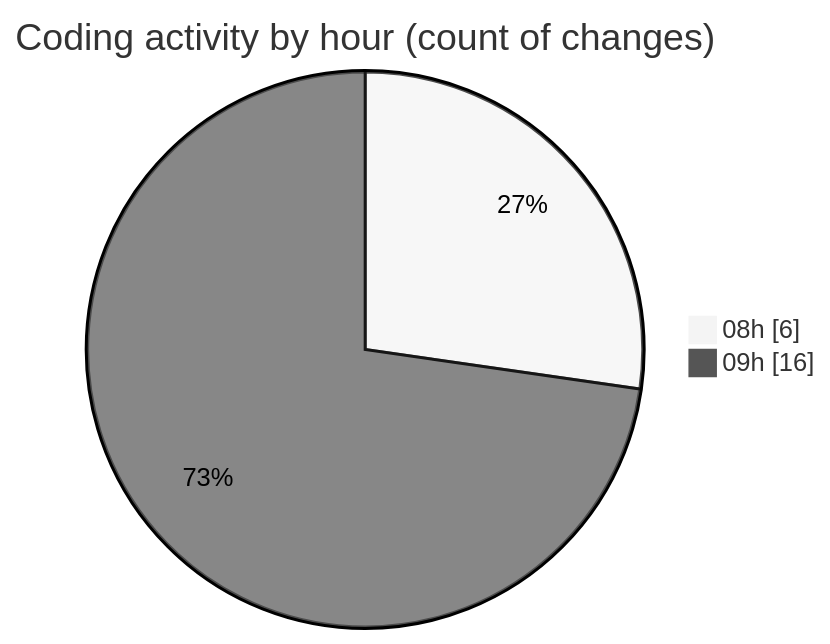
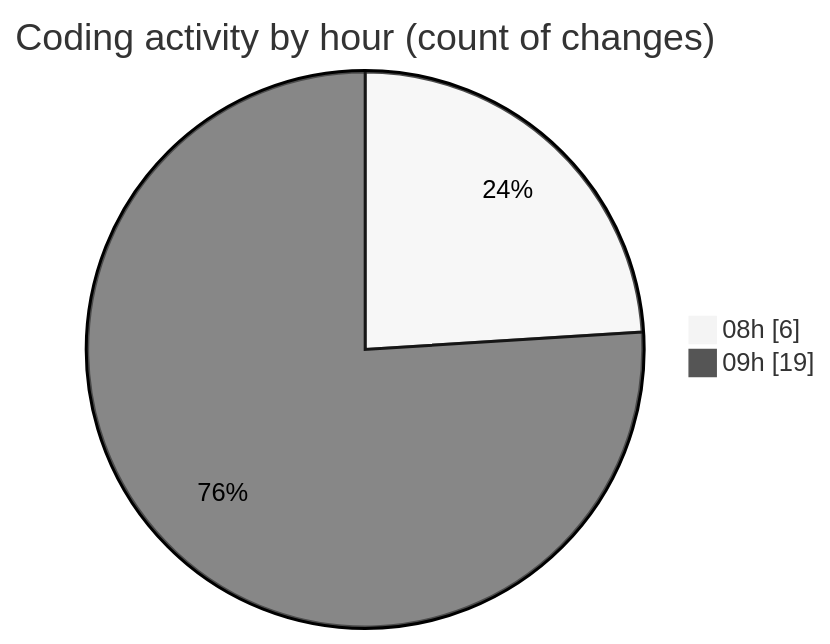
One commit to vahidmafi/code-tracking changed the second of 2 diagrams in 2025-04-11/zeytoon/README.md. Above: the diagram before and after it, drawn with Mermaid (neutral theme). The commit also changed other lines of this file and 1 other file, not shown here.

````diff
--- a/2025-04-11/zeytoon/README.md
+++ b/2025-04-11/zeytoon/README.md
@@ -32,6 +32,6 @@
 ```mermaid
 pie showData
 title Coding activity by hour (count of changes)
 "08h" : 6
-"09h" : 16
+"09h" : 19
 ```
````
